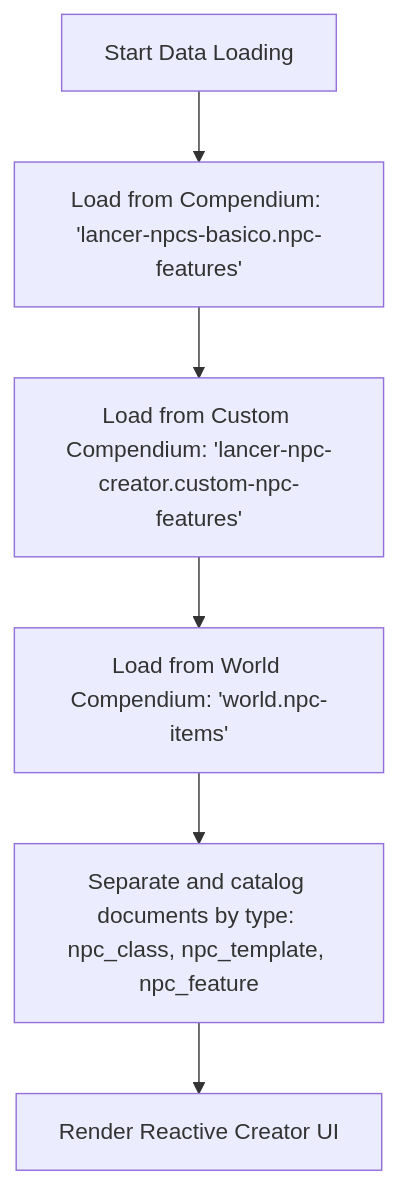
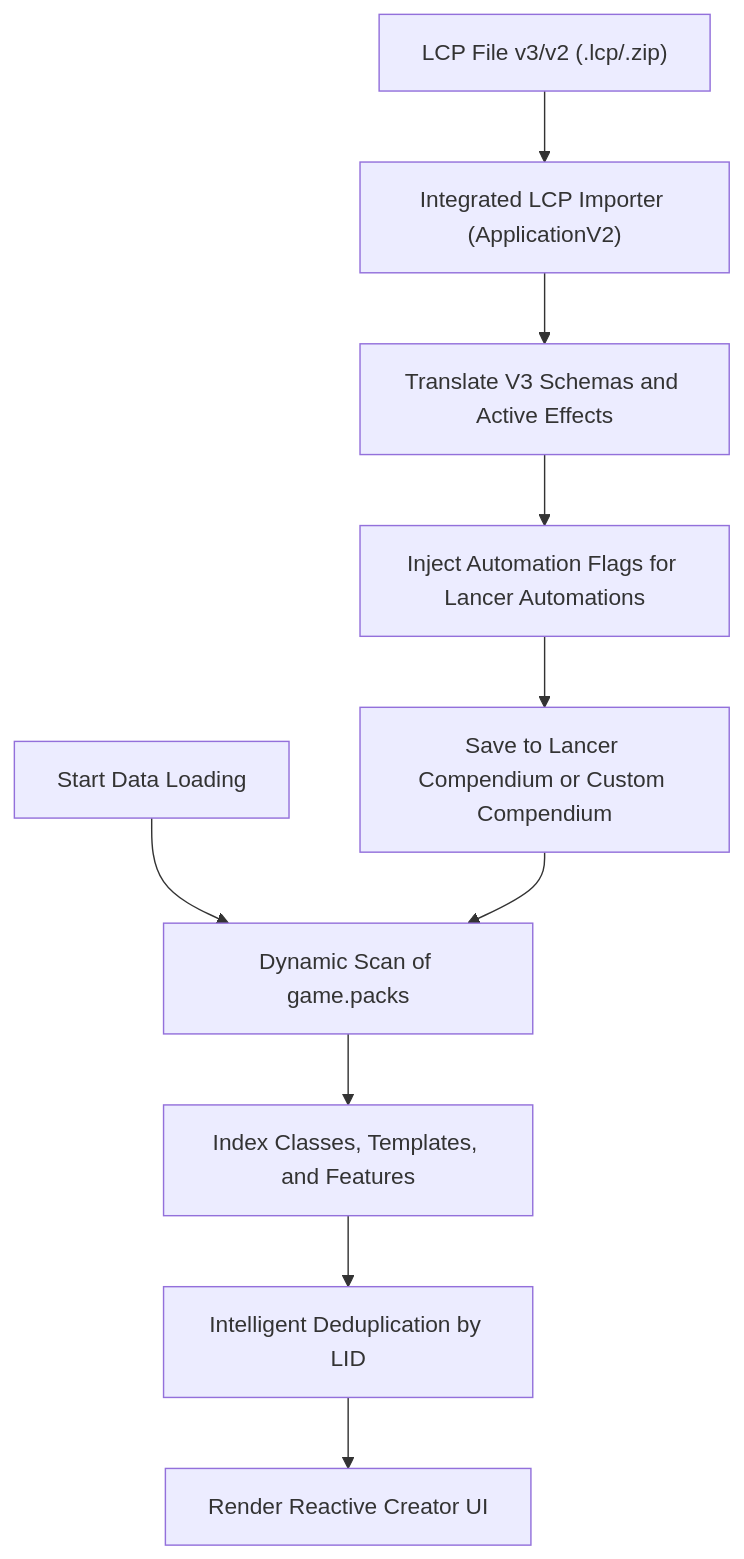
One commit to LPfontes/lancer-npc-creator changed the diagram in README-EN.md. Above: the diagram before and after it, drawn with Mermaid. The commit also changed other lines of this file and 11 other files, not shown here.

Commit message:
feat: add LCP file import support and dynamic compendium discovery

````diff
--- a/README-EN.md
+++ b/README-EN.md
@@ -19,8 +19,13 @@
 ```mermaid
 graph TD
-    A[Start Data Loading] --> B[Load from Compendium: 'lancer-npcs-basico.npc-features']
-    B --> C[Load from Custom Compendium: 'lancer-npc-creator.custom-npc-features']
-    C --> D[Load from World Compendium: 'world.npc-items']
-    D --> E[Separate and catalog documents by type: npc_class, npc_template, npc_feature]
-    E --> F[Render Reactive Creator UI]
+    A[Start Data Loading] --> B[Dynamic Scan of game.packs]
+    B --> C[Index Classes, Templates, and Features]
+    C --> D[Intelligent Deduplication by LID]
+    D --> E[Render Reactive Creator UI]
+    
+    F["LCP File v3/v2 (.lcp/.zip)"] --> G["Integrated LCP Importer (ApplicationV2)"]
+    G --> H["Translate V3 Schemas and Active Effects"]
+    H --> I["Inject Automation Flags for Lancer Automations"]
+    I --> J["Save to Lancer Compendium or Custom Compendium"]
+    J --> B
 ```
````
